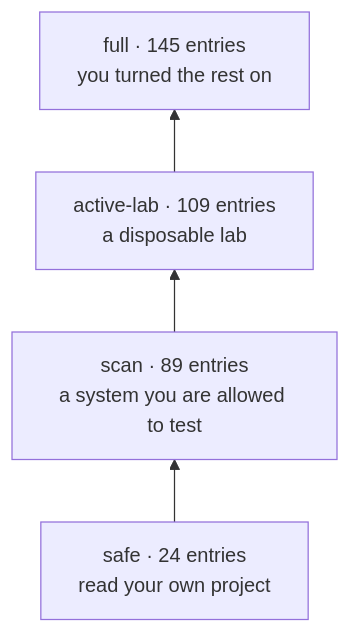
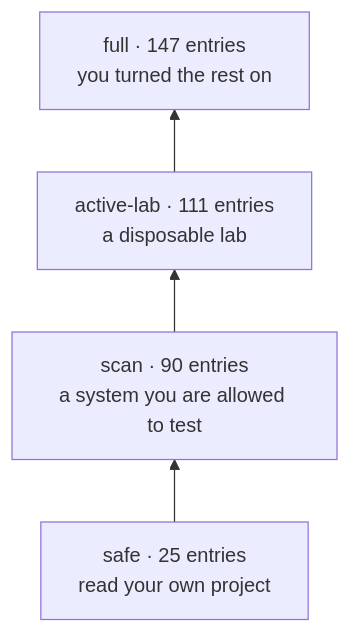
One commit to Coff0xc/AutoRedTeam-Orchestrator changed the third of 12 diagrams in README.md. Above: the diagram before and after it, drawn with Mermaid. The commit also changed other lines of this file, not shown here.

````diff
--- a/README.md
+++ b/README.md
@@ -117,8 +117,8 @@
 ```mermaid
 flowchart BT
-  safe["safe · 24 entries<br/>read your own project"]
-  scan["scan · 89 entries<br/>a system you are allowed to test"]
-  lab["active-lab · 109 entries<br/>a disposable lab"]
-  full["full · 145 entries<br/>you turned the rest on"]
+  safe["safe · 25 entries<br/>read your own project"]
+  scan["scan · 90 entries<br/>a system you are allowed to test"]
+  lab["active-lab · 111 entries<br/>a disposable lab"]
+  full["full · 147 entries<br/>you turned the rest on"]
   safe --> scan --> lab --> full
 ```
````
